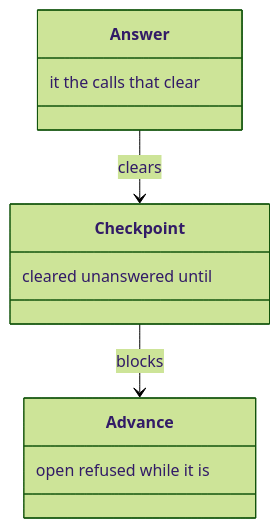
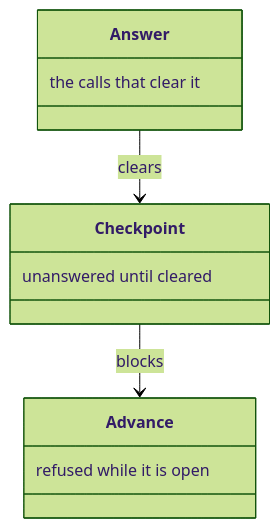
Before and after one commit to m2ux/workflow-server: the sixth of 16 diagrams in docs/fidelity.md, drawn with Mermaid (forest theme). The commit also changed other lines of this file and 10 other files, not shown here.

Commit message:
Write each class-box note in reading order so the diagram shows the phrase as written.

````diff
--- a/docs/fidelity.md
+++ b/docs/fidelity.md
@@ -100,14 +100,14 @@
 ```mermaid
 classDiagram
   class Checkpoint {
-    cleared unanswered until
+    unanswered until cleared
   }
   class Advance {
-    open refused while it is
+    refused while it is open
   }
   class Answer {
-    it the calls that clear
+    the calls that clear it
   }
   Checkpoint --> Advance : blocks
   Answer --> Checkpoint : clears
 ```
````
